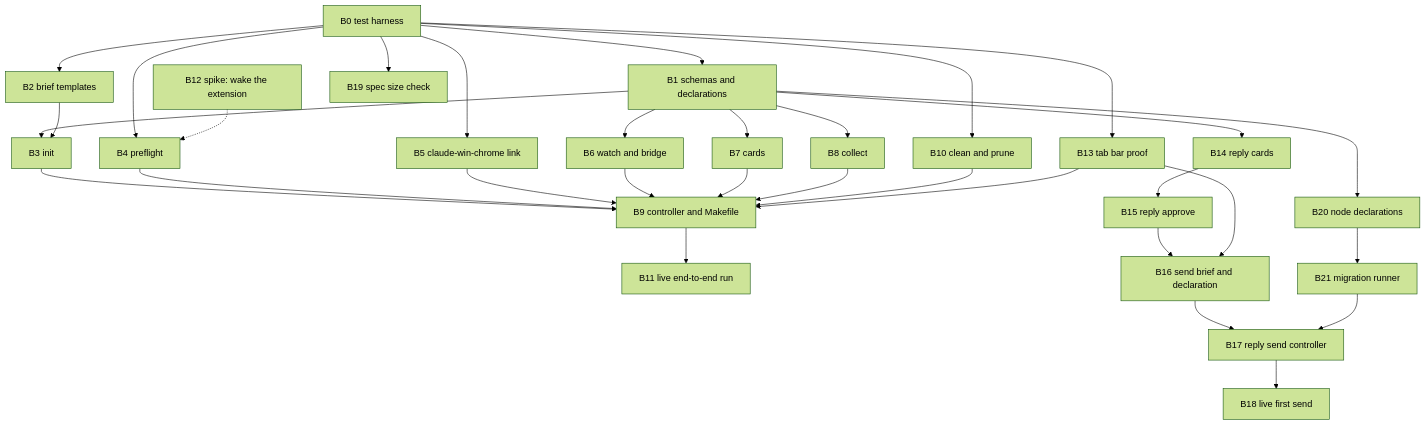
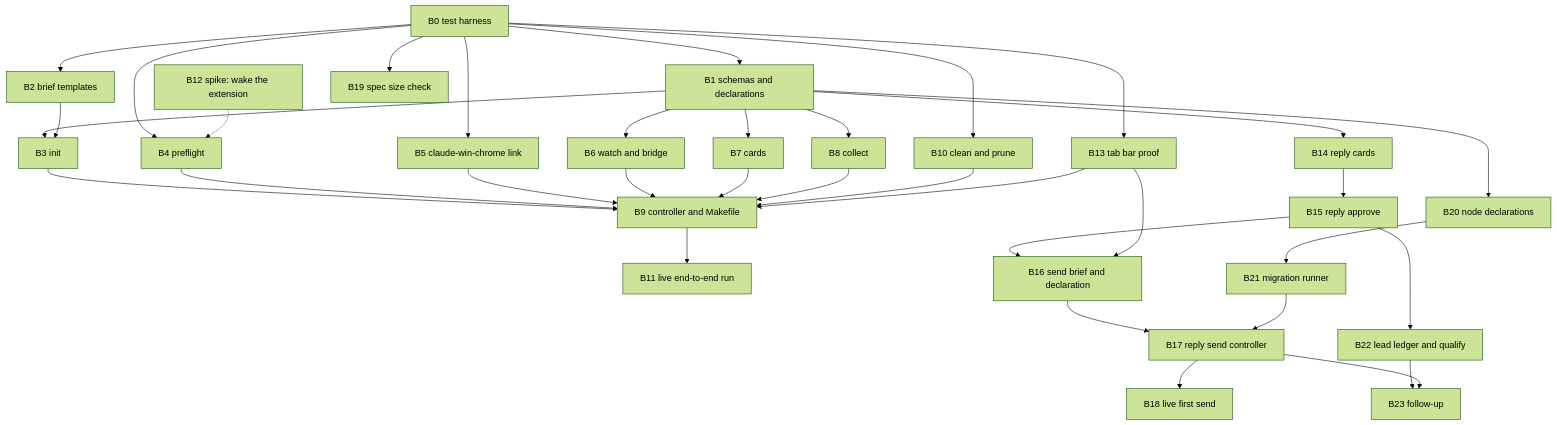
The third of 6 diagrams in docs/design/inbox-sweep.md (jkkelley/dotfiles), drawn with Mermaid (forest theme) before and after one commit. The commit also changed other lines of this file and 1 other file, not shown here.

Commit message:
docs(design): lead stage from inbound message to call booked

````diff
--- a/docs/design/inbox-sweep.md
+++ b/docs/design/inbox-sweep.md
@@ -273,34 +274,37 @@
 ```mermaid
 flowchart TD
   B0[B0 test harness] --> B1[B1 schemas and declarations]
   B0 --> B2[B2 brief templates]
   B1 --> B3[B3 init]
   B2 --> B3
   B0 --> B4[B4 preflight]
   B0 --> B5[B5 claude-win-chrome link]
   B1 --> B6[B6 watch and bridge]
   B1 --> B7[B7 cards]
   B1 --> B8[B8 collect]
   B0 --> B10[B10 clean and prune]
   B3 --> B9[B9 controller and Makefile]
   B4 --> B9
   B5 --> B9
   B6 --> B9
   B7 --> B9
   B8 --> B9
   B10 --> B9
   B9 --> B11[B11 live end-to-end run]
   B0 --> B13[B13 tab bar proof]
   B13 --> B9
   B12[B12 spike: wake the extension] -.-> B4
   B1 --> B14[B14 reply cards]
   B14 --> B15[B15 reply approve]
   B15 --> B16[B16 send brief and declaration]
   B13 --> B16
   B16 --> B17[B17 reply send controller]
   B17 --> B18[B18 live first send]
+  B15 --> B22[B22 lead ledger and qualify]
+  B22 --> B23[B23 follow-up]
+  B17 --> B23
   B0 --> B19[B19 spec size check]
   B1 --> B20[B20 node declarations]
   B20 --> B21[B21 migration runner]
   B21 --> B17
 ```
````
